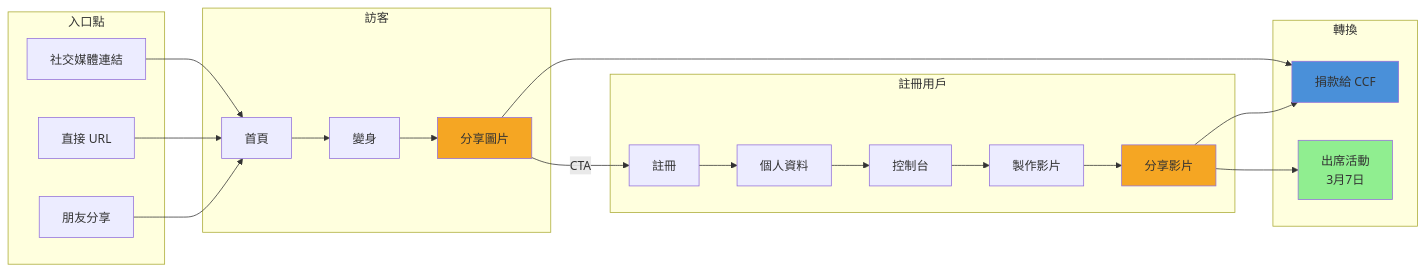
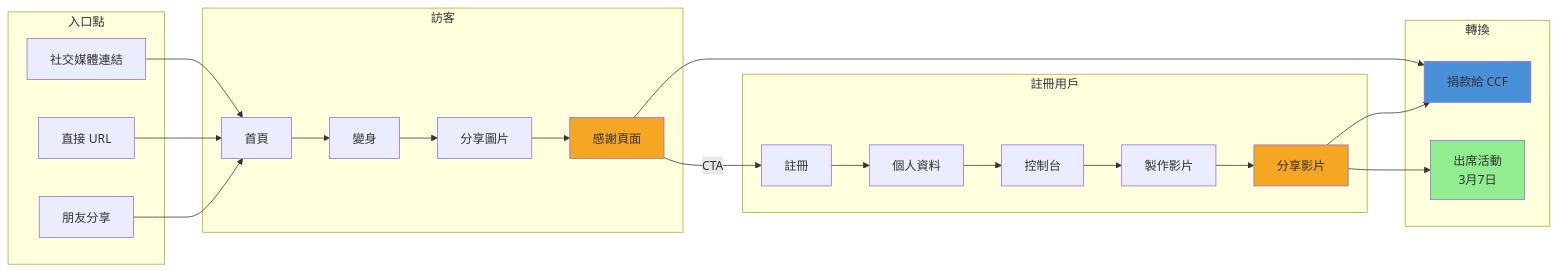
The fourth of 7 diagrams in documents/2026-01-06-ccf-shave-for-hope-technical-plan.md (ZorroCheng-MC/sharehub), drawn with Mermaid before and after one commit. The commit also changed other lines of this file, not shown here.

````diff
--- a/documents/2026-01-06-ccf-shave-for-hope-technical-plan.md
+++ b/documents/2026-01-06-ccf-shave-for-hope-technical-plan.md
@@ -177,39 +195,40 @@
 ```mermaid
 flowchart LR
     subgraph ENTRY["入口點"]
         A1[社交媒體連結]
         A2[直接 URL]
         A3[朋友分享]
     end
 
     subgraph ANONYMOUS["訪客"]
         B[首頁] --> C[變身]
         C --> D[分享圖片]
+        D --> X[感謝頁面]
     end
 
     subgraph REGISTERED["註冊用戶"]
         E[註冊] --> F[個人資料]
         F --> G[控制台]
         G --> H[製作影片]
         H --> I[分享影片]
     end
 
     subgraph CONVERSION["轉換"]
         J[捐款給 CCF]
         K[出席活動<br/>3月7日]
     end
 
     A1 --> B
     A2 --> B
     A3 --> B
 
-    D -->|CTA| E
-    D --> J
+    X --> J
+    X -->|CTA| E
     I --> J
     I --> K
 
-    style D fill:#F5A623
+    style X fill:#F5A623
     style I fill:#F5A623
     style J fill:#4A90D9
     style K fill:#90EE90
 ```
````
